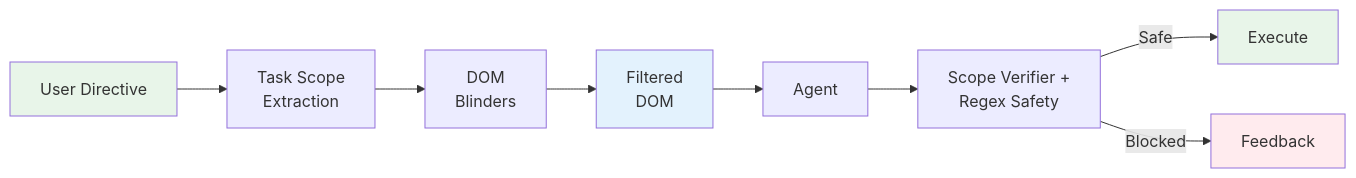
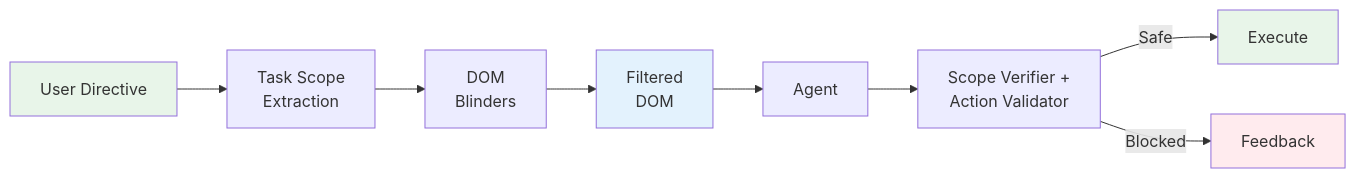
Before and after one commit to AppliedLabsAI/cua: the second of 3 diagrams in README.md, drawn with Mermaid. The commit also changed other lines of this file, not shown here.

First line of the commit message:
docs: update README guardrails section for DAG-pruned architecture

````diff
--- a/README.md
+++ b/README.md
@@ -106,15 +106,15 @@
 ```mermaid
 graph LR
     A["User Directive"] --> B["Task Scope<br/>Extraction"]
     B --> C["DOM<br/>Blinders"]
     C --> D["Filtered<br/>DOM"]
     D --> E["Agent"]
-    E --> F["Scope Verifier +<br/>Regex Safety"]
+    E --> F["Scope Verifier +<br/>Action Validator"]
     F -->|Safe| G["Execute"]
     F -->|Blocked| H["Feedback"]
 
     style A fill:#e8f5e9
     style D fill:#e3f2fd
     style G fill:#e8f5e9
     style H fill:#ffebee
 ```
````
